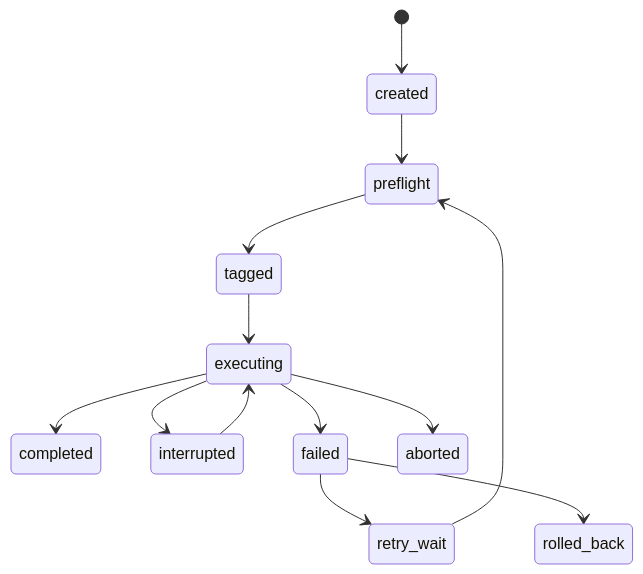
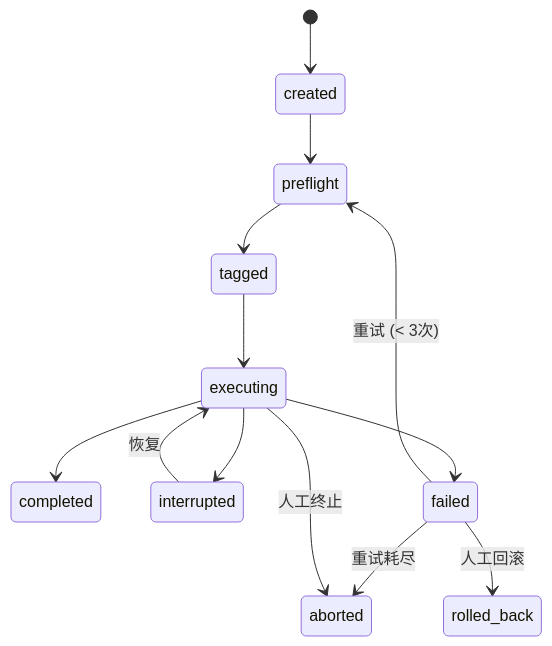
One commit to hongbinzuo/spotlight changed the second of 2 diagrams in docs/state-machine.md. Above: the diagram before and after it, drawn with Mermaid. The commit also changed other lines of this file and 33 other files, not shown here.

Commit message:
refactor: 拆分服务端模块并补多 agent 协调路线图

````diff
--- a/docs/state-machine.md
+++ b/docs/state-machine.md
@@ -90,15 +246,15 @@
 ```mermaid
 stateDiagram-v2
-  [*] --> created
-  created --> preflight
-  preflight --> tagged
-  tagged --> executing
-  executing --> completed
-  executing --> interrupted
-  interrupted --> executing
-  executing --> failed
-  failed --> retry_wait
-  retry_wait --> preflight
-  failed --> rolled_back
-  executing --> aborted
+    [*] --> created
+    created --> preflight
+    preflight --> tagged
+    tagged --> executing
+    executing --> completed
+    executing --> interrupted
+    interrupted --> executing : 恢复
+    executing --> failed
+    failed --> preflight : 重试 (< 3次)
+    failed --> aborted : 重试耗尽
+    failed --> rolled_back : 人工回滚
+    executing --> aborted : 人工终止
 ```
````
